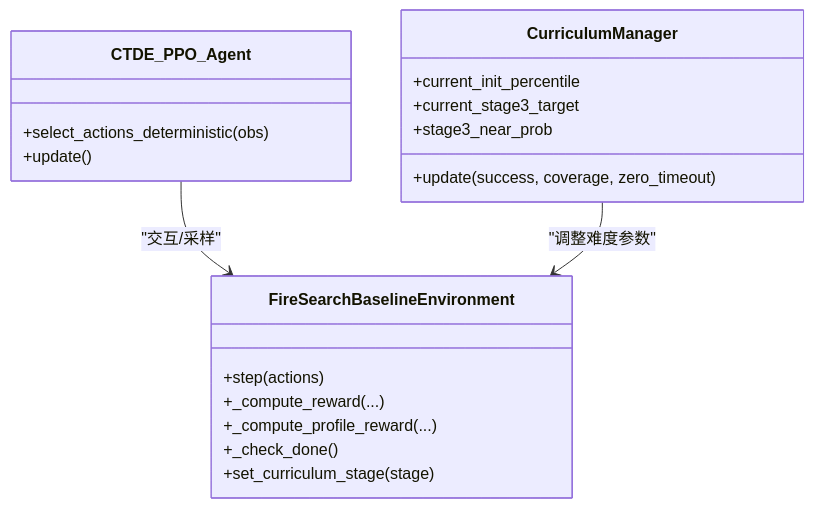
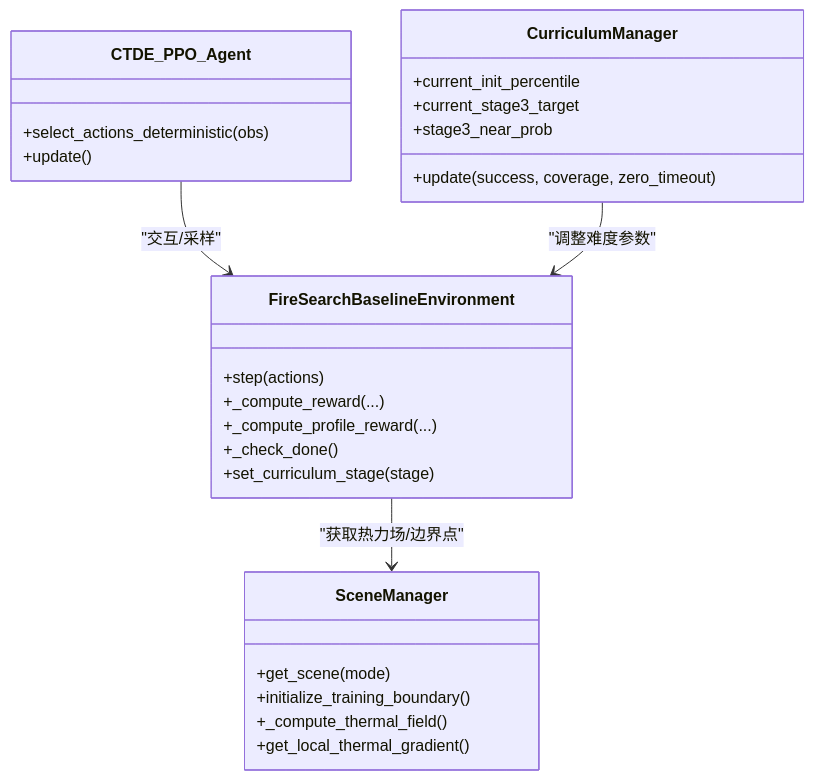
One commit to xixi10001/self_Adaptive changed the sixth of 6 diagrams in .qoder/repowiki/zh/content/强化学习环境/奖励系统设计/奖励系统设计.md. Above: the diagram before and after it, drawn with Mermaid. The commit also changed other lines of this file and 21 other files, not shown here.

````diff
--- a/.qoder/repowiki/zh/content/强化学习环境/奖励系统设计/奖励系统设计.md
+++ b/.qoder/repowiki/zh/content/强化学习环境/奖励系统设计/奖励系统设计.md
@@ -237,22 +291,29 @@
 ```mermaid
 classDiagram
 class FireSearchBaselineEnvironment {
 +step(actions)
 +_compute_reward(...)
 +_compute_profile_reward(...)
 +_check_done()
 +set_curriculum_stage(stage)
 }
 class CurriculumManager {
 +update(success, coverage, zero_timeout)
 +current_init_percentile
 +current_stage3_target
 +stage3_near_prob
 }
 class CTDE_PPO_Agent {
 +select_actions_deterministic(obs)
 +update()
 }
+class SceneManager {
++get_scene(mode)
++initialize_training_boundary()
++_compute_thermal_field()
++get_local_thermal_gradient()
+}
 CTDE_PPO_Agent --> FireSearchBaselineEnvironment : "交互/采样"
 CurriculumManager --> FireSearchBaselineEnvironment : "调整难度参数"
+FireSearchBaselineEnvironment --> SceneManager : "获取热力场/边界点"
 ```
````
